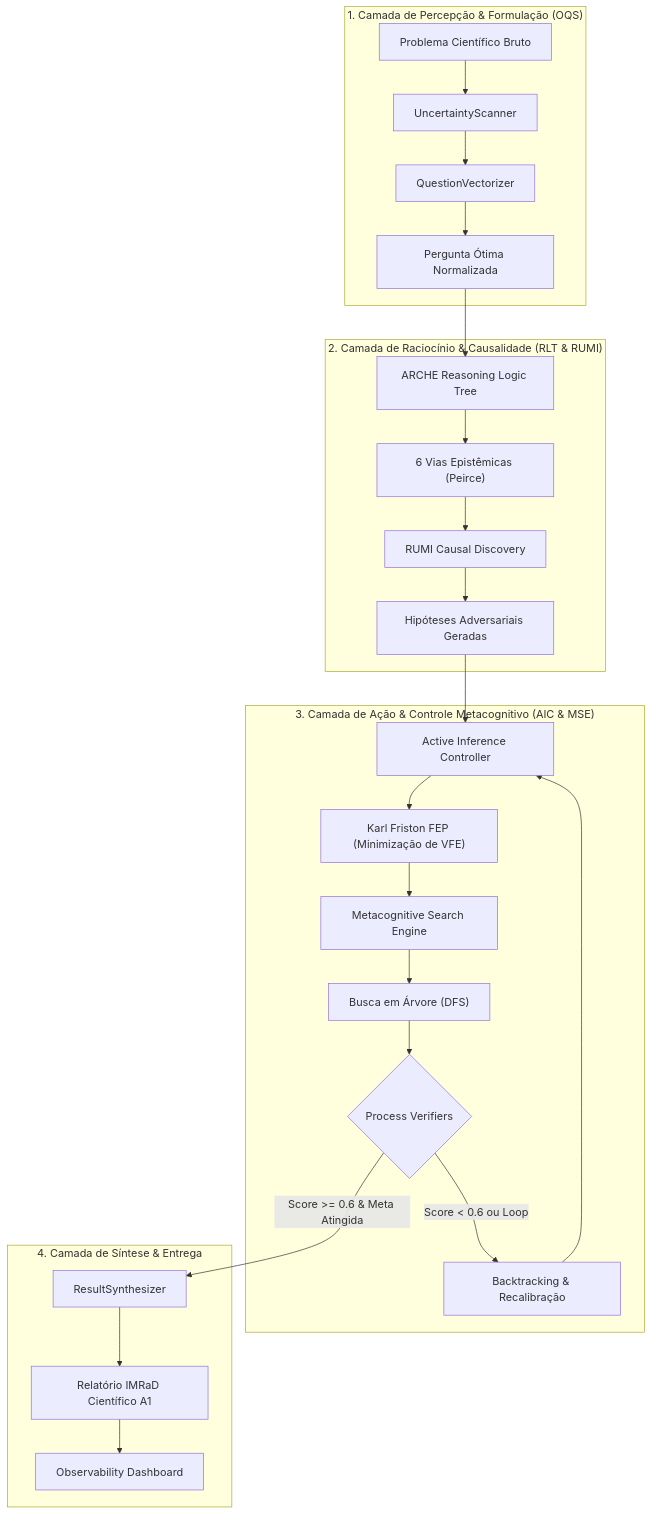
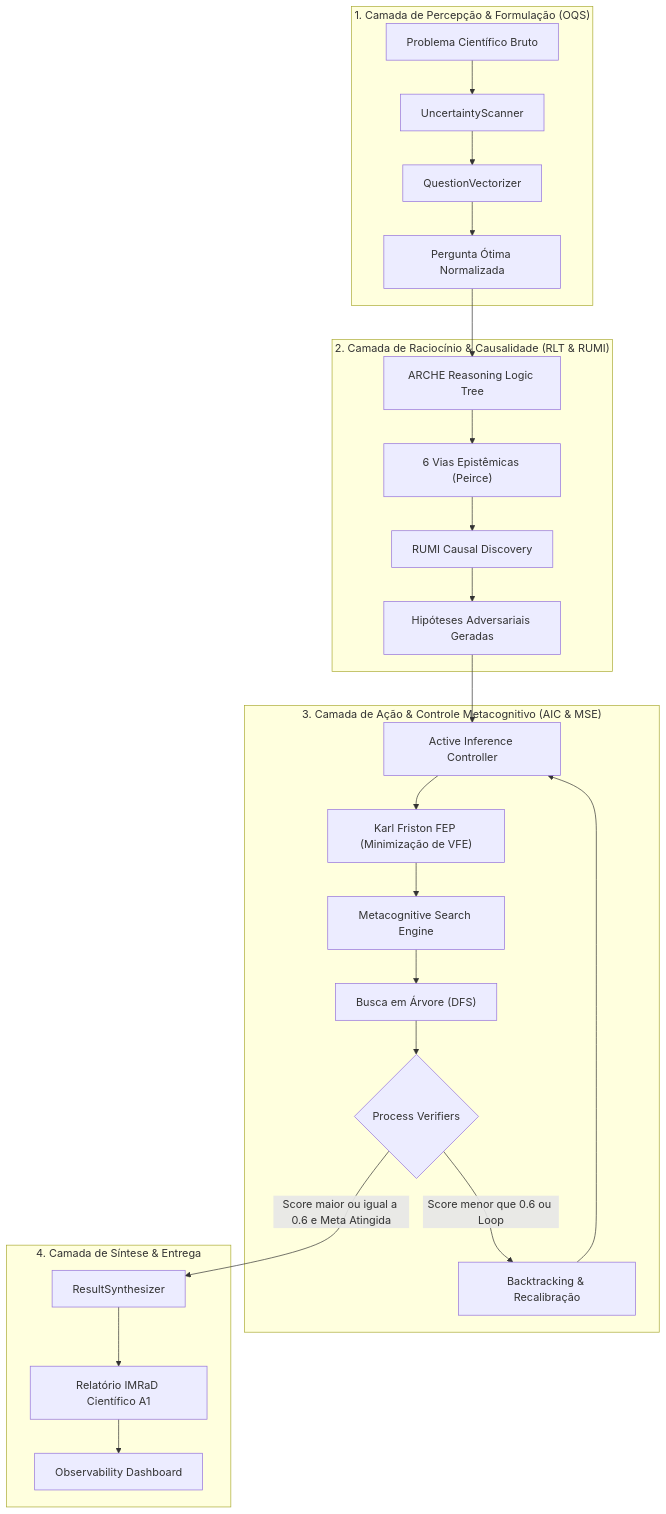
Before and after one commit to MarceloClaro/OpenCode_Ecosystem: the second of 4 diagrams in README.md, drawn with Mermaid. The commit also changed other lines of this file, not shown here.

Commit message:
fix: resolve Mermaid syntax rendering errors for GitHub display

````diff
--- a/README.md
+++ b/README.md
@@ -115,31 +122,31 @@
 ```mermaid
 graph TD
   subgraph Percepcao["1. Camada de Percepção & Formulação (OQS)"]
-    A[Problema Científico Bruto] --> B[UncertaintyScanner]
-    B --> C[QuestionVectorizer]
-    C --> D[Pergunta Ótima Normalizada]
+    A["Problema Científico Bruto"] --> B["UncertaintyScanner"]
+    B --> C["QuestionVectorizer"]
+    C --> D["Pergunta Ótima Normalizada"]
   end
 
   subgraph Raciocinio["2. Camada de Raciocínio & Causalidade (RLT & RUMI)"]
-    D --> E[ARCHE Reasoning Logic Tree]
+    D --> E["ARCHE Reasoning Logic Tree"]
     E --> F["6 Vias Epistêmicas (Peirce)"]
-    F --> G[RUMI Causal Discovery]
-    G --> H[Hipóteses Adversariais Geradas]
+    F --> G["RUMI Causal Discovery"]
+    G --> H["Hipóteses Adversariais Geradas"]
   end
 
   subgraph Controle["3. Camada de Ação & Controle Metacognitivo (AIC & MSE)"]
-    H --> I[Active Inference Controller]
+    H --> I["Active Inference Controller"]
     I --> J["Karl Friston FEP (Minimização de VFE)"]
-    J --> K[Metacognitive Search Engine]
+    J --> K["Metacognitive Search Engine"]
     K --> L["Busca em Árvore (DFS)"]
     L --> M{"Process Verifiers"}
-    M -- "Score < 0.6 ou Loop" --> N[Backtracking & Recalibração]
+    M -- "Score menor que 0.6 ou Loop" --> N["Backtracking & Recalibração"]
     N --> I
   end
 
   subgraph Sintese["4. Camada de Síntese & Entrega"]
-    M -- "Score >= 0.6 & Meta Atingida" --> O[ResultSynthesizer]
-    O --> P[Relatório IMRaD Científico A1]
-    P --> Q[Observability Dashboard]
+    M -- "Score maior ou igual a 0.6 e Meta Atingida" --> O["ResultSynthesizer"]
+    O --> P["Relatório IMRaD Científico A1"]
+    P --> Q["Observability Dashboard"]
   end
 ```
````
